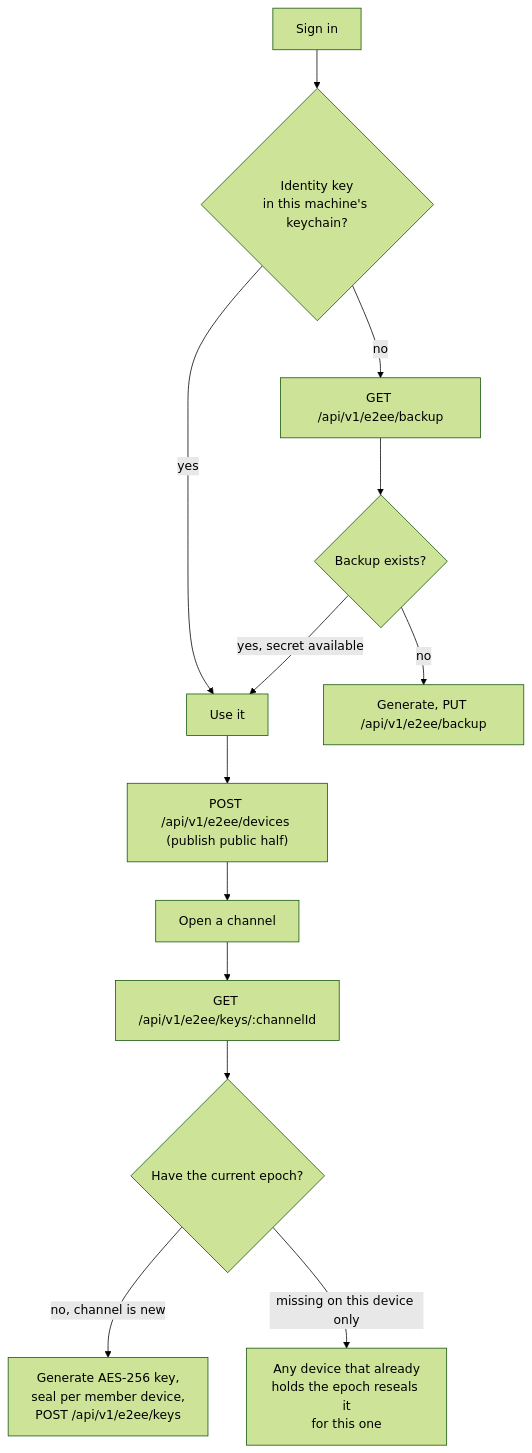
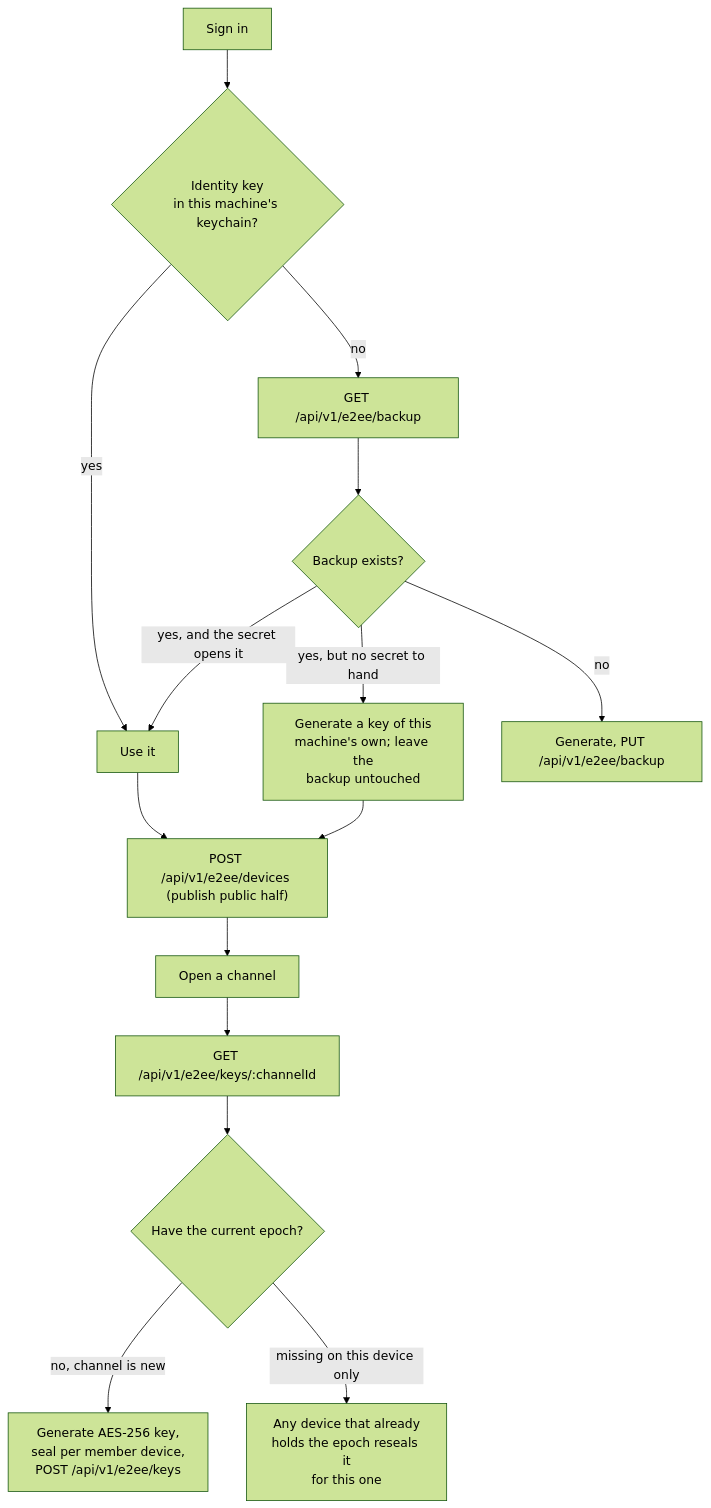
The diagram in docs/docs/security/e2ee.md (aiyu-ayaan/BetweenUs), drawn with Mermaid (forest theme) before and after one commit. The commit also changed other lines of this file, not shown here.

First line of the commit message:
docs(security): sign-in no longer asks to unlock the key

````diff
--- a/docs/docs/security/e2ee.md
+++ b/docs/docs/security/e2ee.md
@@ -29,15 +29,17 @@
 ```mermaid
 flowchart TD
     A[Sign in] --> B{Identity key<br/>in this machine's keychain?}
     B -->|yes| D[Use it]
     B -->|no| C["GET /api/v1/e2ee/backup"]
     C --> E{Backup exists?}
-    E -->|"yes, secret available"| D
+    E -->|"yes, and the secret opens it"| D
+    E -->|"yes, but no secret to hand"| M["Generate a key of this<br/>machine's own; leave the<br/>backup untouched"]
     E -->|no| F["Generate, PUT /api/v1/e2ee/backup"]
+    M --> G
     D --> G["POST /api/v1/e2ee/devices (publish public half)"]
     G --> H[Open a channel]
     H --> I["GET /api/v1/e2ee/keys/:channelId"]
     I --> J{Have the current epoch?}
     J -->|no, channel is new| K["Generate AES-256 key,<br/>seal per member device,<br/>POST /api/v1/e2ee/keys"]
     J -->|"missing on this device only"| L["Any device that already<br/>holds the epoch reseals it<br/>for this one"]
 ```
````
